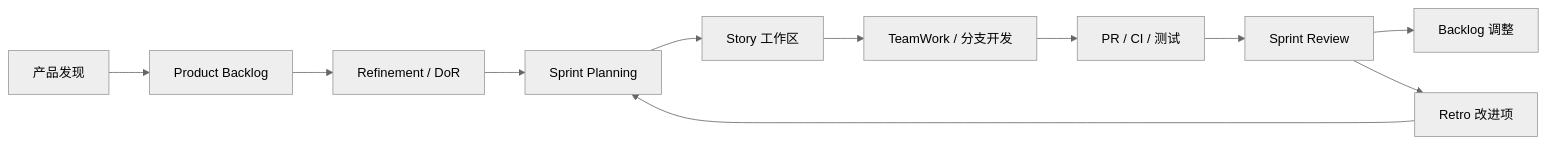
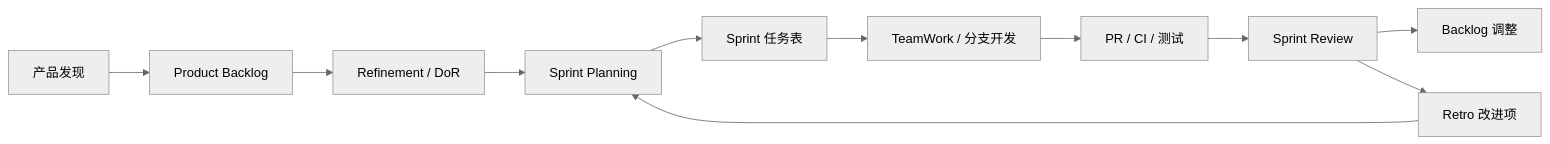
Before and after one commit to kingcicou/create-scrum-team-workspace: the diagram in template/知识库/Scrum/00_Scrum团队协同知识总纲.md, drawn with Mermaid (neutral theme). The commit also changed other lines of this file and 27 other files, not shown here.

````diff
--- a/template/知识库/Scrum/00_Scrum团队协同知识总纲.md
+++ b/template/知识库/Scrum/00_Scrum团队协同知识总纲.md
@@ -45,13 +45,13 @@
 ```mermaid
 flowchart LR
     A["产品发现"] --> B["Product Backlog"]
     B --> C["Refinement / DoR"]
     C --> D["Sprint Planning"]
-    D --> E["Story 工作区"]
+    D --> E["Sprint 任务表"]
     E --> F["TeamWork / 分支开发"]
     F --> G["PR / CI / 测试"]
     G --> H["Sprint Review"]
     H --> I["Backlog 调整"]
     H --> J["Retro 改进项"]
     J --> D
 ```
````
